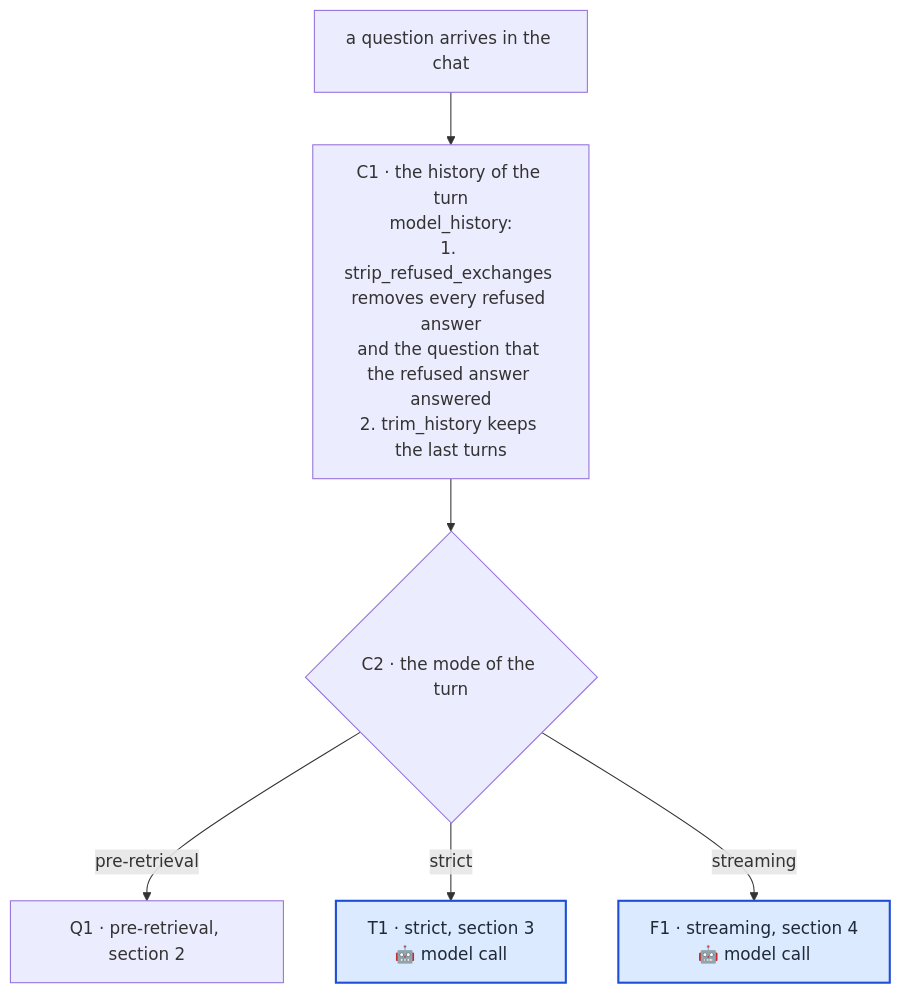
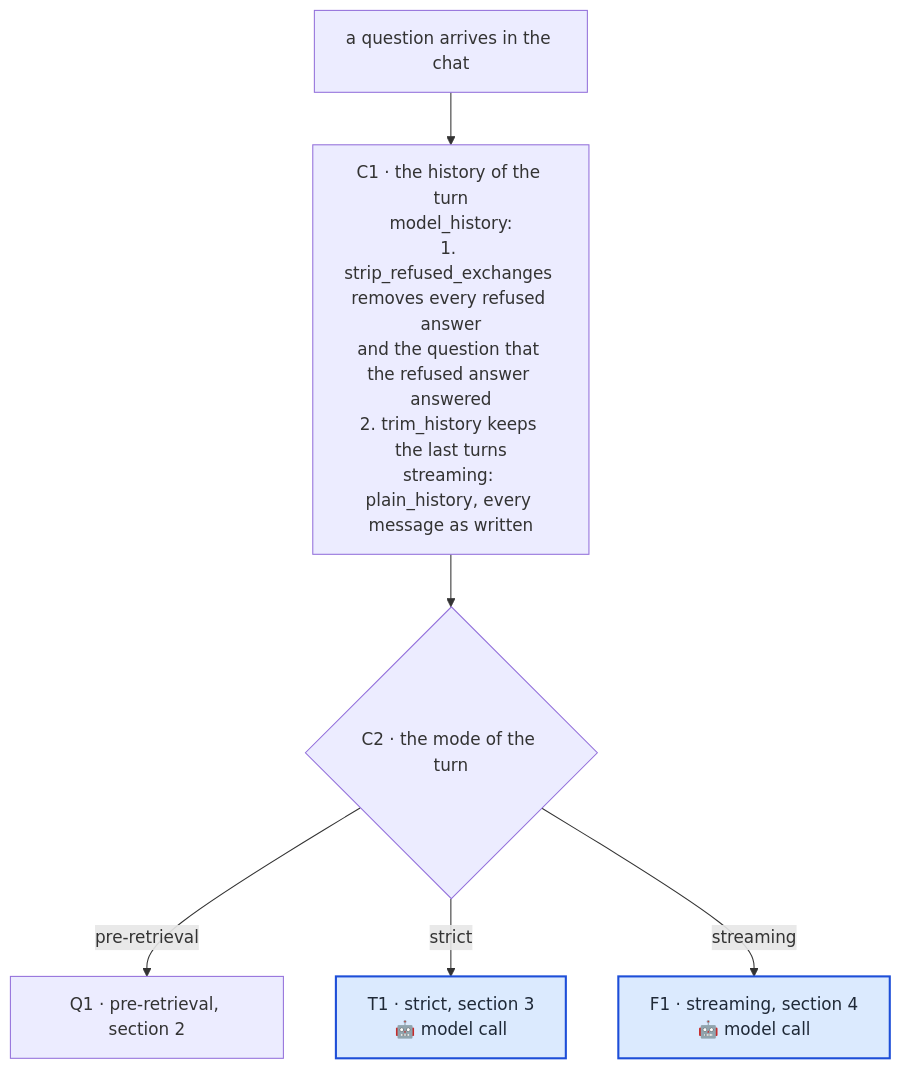
The first of 4 diagrams in docs/query_nodes.md (Clod/llmwiki-marimo), drawn with Mermaid before and after one commit. The commit also changed other lines of this file and 12 other files, not shown here.

First line of the commit message:
fix(chat): the streaming mode passes the conversation to the agent and its answer to the user unchanged

````diff
--- a/docs/query_nodes.md
+++ b/docs/query_nodes.md
@@ -62,15 +64,15 @@
 ```mermaid
 flowchart TD
     Q0["a question arrives in the chat"]
-    C1["C1 · the history of the turn<br/>model_history:<br/>1. strip_refused_exchanges removes every refused answer<br/>and the question that the refused answer answered<br/>2. trim_history keeps the last turns"]
+    C1["C1 · the history of the turn<br/>model_history:<br/>1. strip_refused_exchanges removes every refused answer<br/>and the question that the refused answer answered<br/>2. trim_history keeps the last turns<br/>streaming: plain_history, every message as written"]
     C2{"C2 · the mode of the turn"}
     P["Q1 · pre-retrieval, section 2"]
     S["T1 · strict, section 3<br/>🤖 model call"]
     F["F1 · streaming, section 4<br/>🤖 model call"]
     Q0 --> C1 --> C2
     C2 -->|pre-retrieval| P
     C2 -->|strict| S
     C2 -->|streaming| F
     classDef llm fill:#dbeafe,stroke:#1d4ed8,stroke-width:2px,color:#1f2937
     class S,F llm
 ```
````
